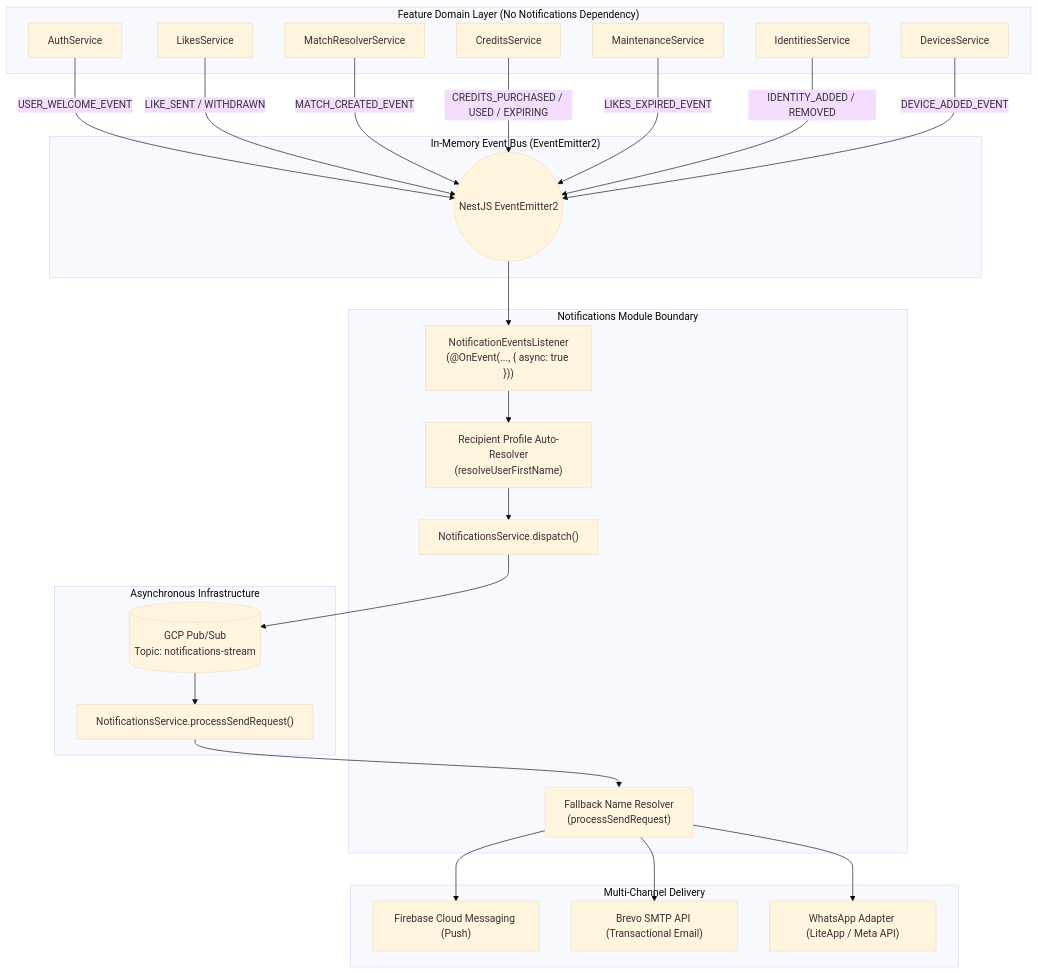
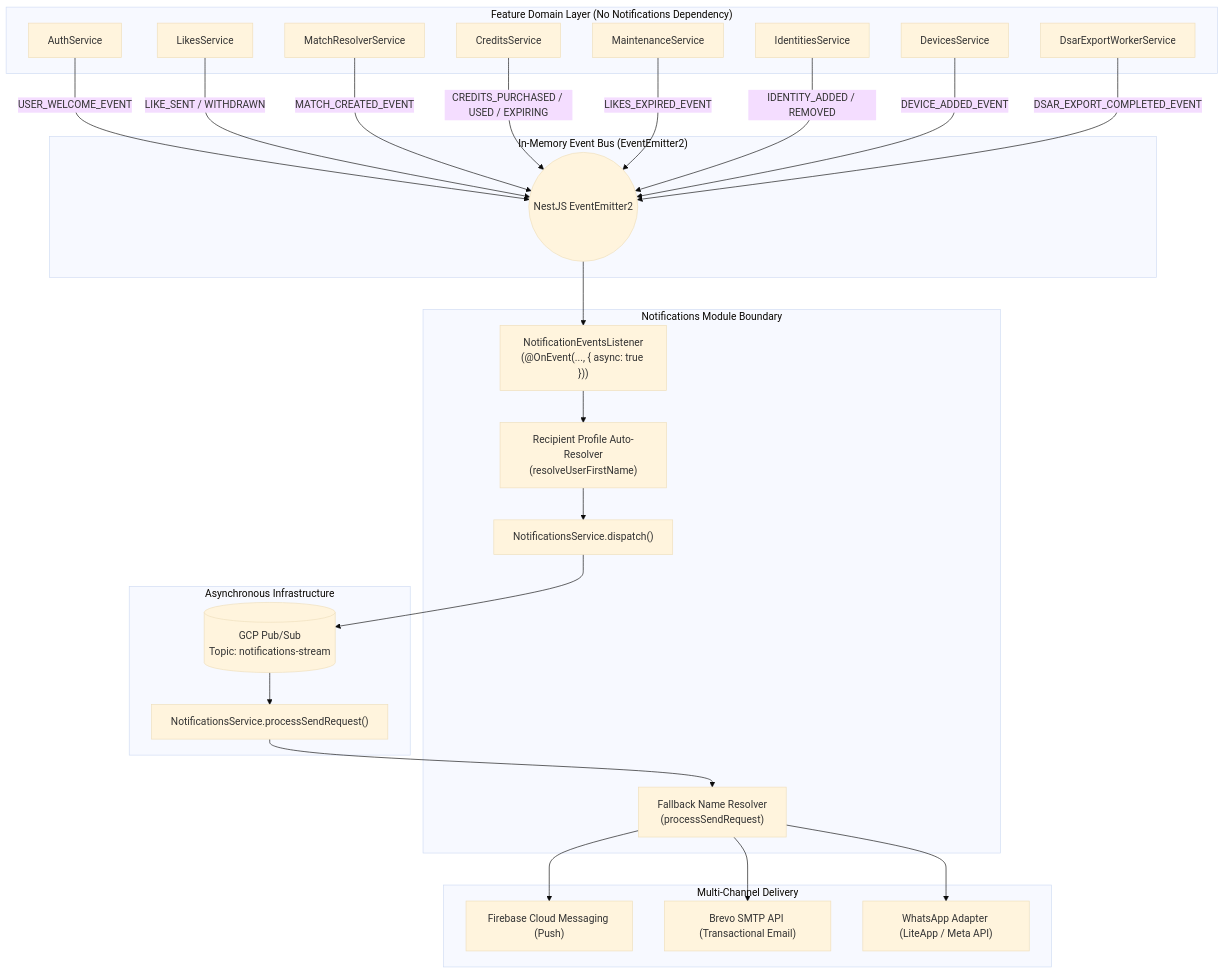
The diagram in docs/docs/architecture/domain-events.md (SaveSoulApp/Breathaway-Backend), drawn with Mermaid (base theme) before and after one commit. The commit also changed other lines of this file and 56 other files, not shown here.

````diff
--- a/docs/docs/architecture/domain-events.md
+++ b/docs/docs/architecture/domain-events.md
@@ -51,52 +51,54 @@
 ```mermaid
 flowchart TD
     subgraph FeatureDomains["Feature Domain Layer (No Notifications Dependency)"]
         AUTH["AuthService"]
         LIKES["LikesService"]
         MATCH["MatchResolverService"]
         CREDITS["CreditsService"]
         MAINT["MaintenanceService"]
         IDENT["IdentitiesService"]
         DEV["DevicesService"]
+        USERS["DsarExportWorkerService"]
     end
 
     subgraph EventBroker["In-Memory Event Bus (EventEmitter2)"]
         BUS(("NestJS EventEmitter2"))
     end
 
     subgraph NotificationsLayer["Notifications Module Boundary"]
         LISTENER["NotificationEventsListener<br/>(@OnEvent(..., { async: true }))"]
         RESOLVER["Recipient Profile Auto-Resolver<br/>(resolveUserFirstName)"]
         NOTIF_SVC["NotificationsService.dispatch()"]
         FALLBACK["Fallback Name Resolver<br/>(processSendRequest)"]
     end
 
     subgraph MessagingQueue["Asynchronous Infrastructure"]
         PUBSUB[("GCP Pub/Sub<br/>Topic: notifications-stream")]
         WORKER["NotificationsService.processSendRequest()"]
     end
 
     subgraph DeliveryChannels["Multi-Channel Delivery"]
         FCM["Firebase Cloud Messaging (Push)"]
         BREVO["Brevo SMTP API (Transactional Email)"]
         WA["WhatsApp Adapter (LiteApp / Meta API)"]
     end
 
     AUTH -->|USER_WELCOME_EVENT| BUS
     LIKES -->|LIKE_SENT / WITHDRAWN| BUS
     MATCH -->|MATCH_CREATED_EVENT| BUS
     CREDITS -->|CREDITS_PURCHASED / USED / EXPIRING| BUS
     MAINT -->|LIKES_EXPIRED_EVENT| BUS
     IDENT -->|IDENTITY_ADDED / REMOVED| BUS
     DEV -->|DEVICE_ADDED_EVENT| BUS
+    USERS -->|DSAR_EXPORT_COMPLETED_EVENT| BUS
 
     BUS --> LISTENER
     LISTENER --> RESOLVER
     RESOLVER --> NOTIF_SVC
     NOTIF_SVC --> PUBSUB
     PUBSUB --> WORKER
     WORKER --> FALLBACK
     FALLBACK --> FCM
     FALLBACK --> BREVO
     FALLBACK --> WA
 ```
````
